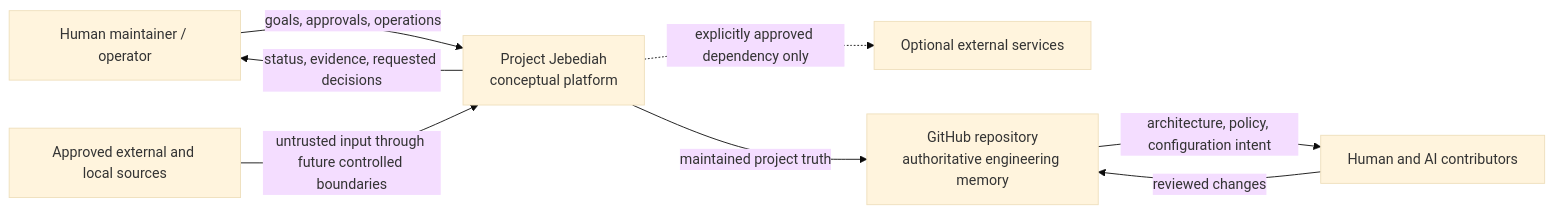
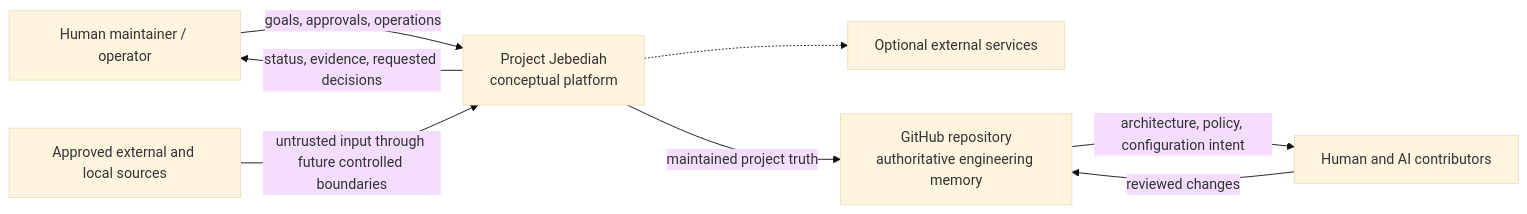
The first of 3 diagrams in docs/ARCHITECTURE.md (matthewart100-sys/project-jebediah), drawn with Mermaid (base theme) before and after one commit. The commit also changed other lines of this file and 15 other files, not shown here.

````diff
--- a/docs/ARCHITECTURE.md
+++ b/docs/ARCHITECTURE.md
@@ -82,17 +82,17 @@
 ```mermaid
 flowchart LR
     Maintainer["Human maintainer / operator"]
     Contributors["Human and AI contributors"]
     Sources["Approved external and local sources"]
     External["Optional external services"]
     Jebediah["Project Jebediah\nconceptual platform"]
     GitHub["GitHub repository\nauthoritative engineering memory"]
 
     Maintainer -->|"goals, approvals, operations"| Jebediah
     Jebediah -->|"status, evidence, requested decisions"| Maintainer
     Contributors -->|"reviewed changes"| GitHub
     GitHub -->|"architecture, policy, configuration intent"| Contributors
     Sources -->|"untrusted input through future controlled boundaries"| Jebediah
-    Jebediah -.->|"explicitly approved dependency only"| External
+    Jebediah -.-> External
     Jebediah -->|"maintained project truth"| GitHub
 ```
````
